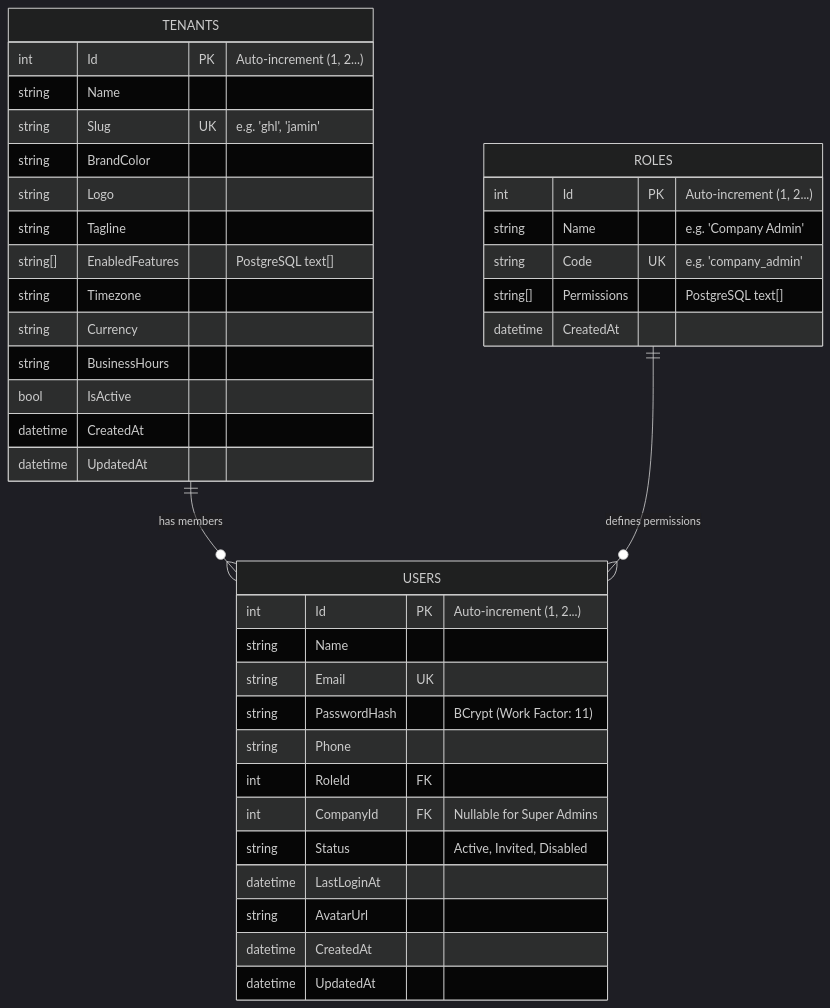
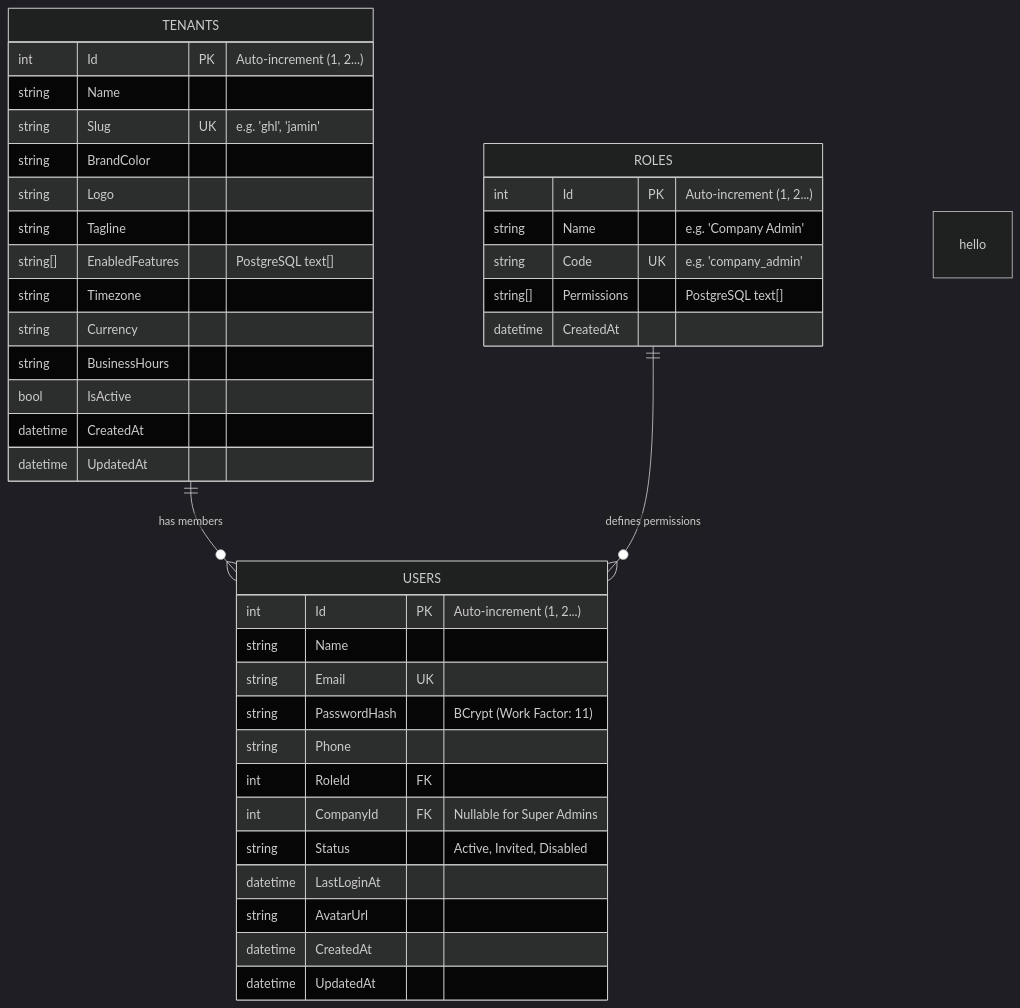
The diagram in backend/README.md (Naveen-GHL/sales_rep_app), drawn with Mermaid (dark theme) before and after one commit. The commit also changed 1 other file, not shown here.

Commit message:
api ctreations for sales executives

````diff
--- a/backend/README.md
+++ b/backend/README.md
@@ -97,44 +97,46 @@
 ```mermaid
 erDiagram
     TENANTS ||--o{ USERS : "has members"
     ROLES ||--o{ USERS : "defines permissions"
+
+    hello
 
     TENANTS {
         int Id PK "Auto-increment (1, 2...)"
         string Name
         string Slug UK "e.g. 'ghl', 'jamin'"
         string BrandColor
         string Logo
         string Tagline
         string[] EnabledFeatures "PostgreSQL text[]"
         string Timezone
         string Currency
         string BusinessHours
         bool IsActive
         datetime CreatedAt
         datetime UpdatedAt
     }
 
     ROLES {
         int Id PK "Auto-increment (1, 2...)"
         string Name "e.g. 'Company Admin'"
         string Code UK "e.g. 'company_admin'"
         string[] Permissions "PostgreSQL text[]"
         datetime CreatedAt
     }
 
     USERS {
         int Id PK "Auto-increment (1, 2...)"
         string Name
         string Email UK
         string PasswordHash "BCrypt (Work Factor: 11)"
         string Phone
         int RoleId FK
         int CompanyId FK "Nullable for Super Admins"
         string Status "Active, Invited, Disabled"
         datetime LastLoginAt
         string AvatarUrl
         datetime CreatedAt
         datetime UpdatedAt
     }
 ```
````
